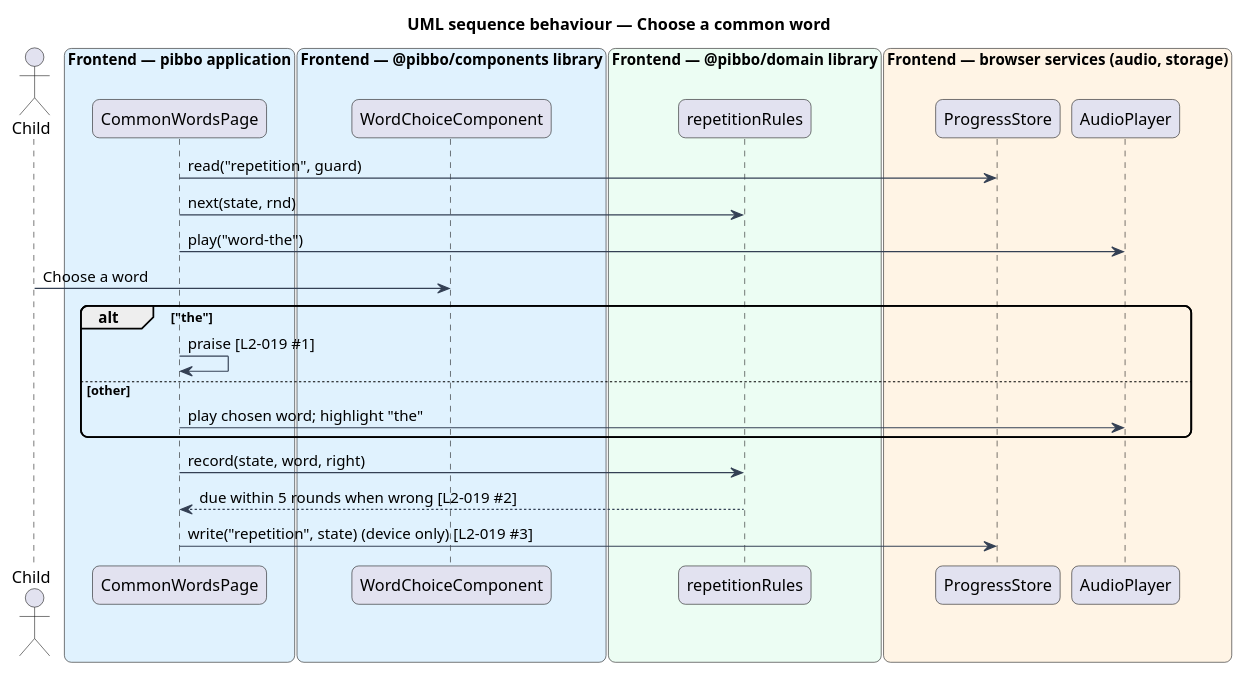
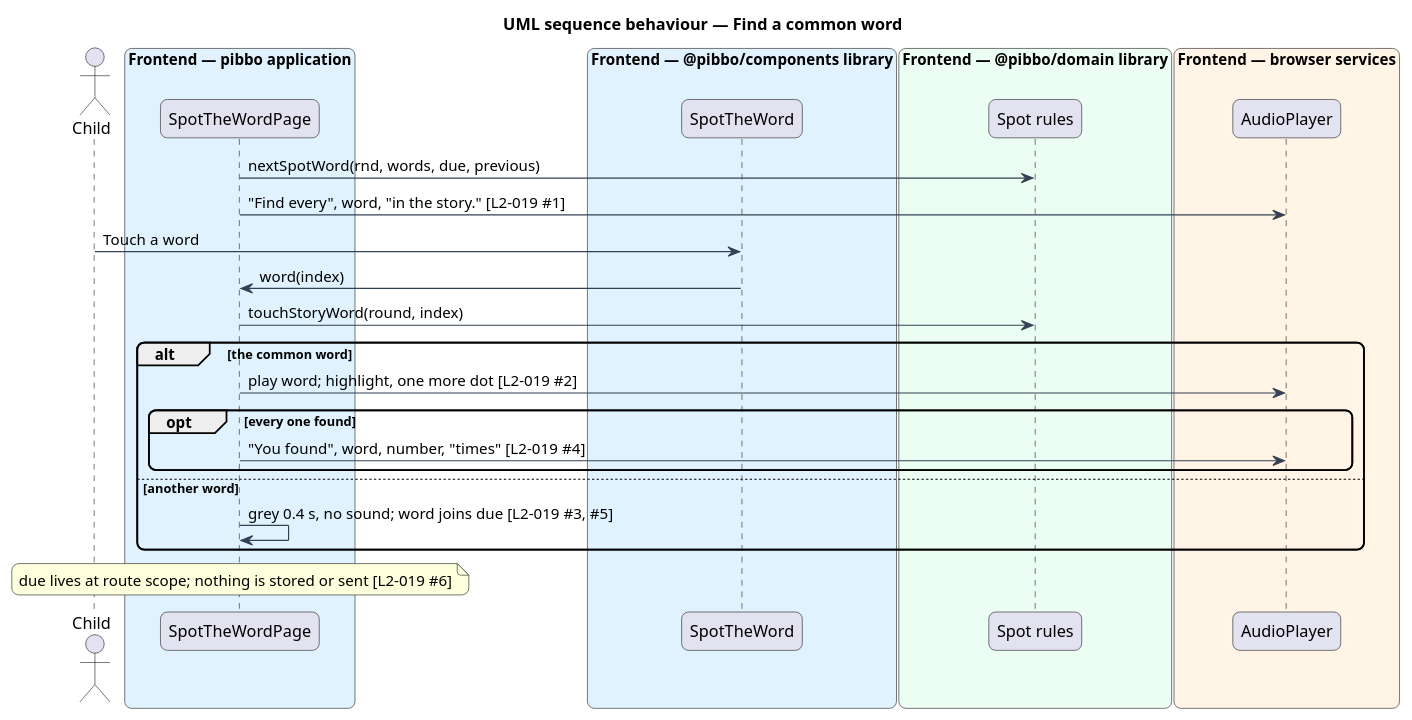
One commit to QuinntyneBrown/pibbo changed the diagram in docs/detailed-designs/sound-out/recognise-common-words/diagrams/sequence-choose-common-word.puml. Above: the diagram before and after it, drawn with PlantUML. The commit also changed 13 other files, not shown here.

First line of the commit message:
Align Spot the word: L2-019 follows the story mock, ADR 0022, the design, and Home's card drawn first

```diff
--- a/docs/detailed-designs/sound-out/recognise-common-words/diagrams/sequence-choose-common-word.puml
+++ b/docs/detailed-designs/sound-out/recognise-common-words/diagrams/sequence-choose-common-word.puml
@@ -1,34 +1,35 @@
 @startuml
-title UML sequence behaviour — Choose a common word
+title UML sequence behaviour — Find a common word
 skinparam backgroundColor #FFFFFF
 skinparam shadowing false
 skinparam roundcorner 12
 skinparam defaultFontName Arial
 skinparam ArrowColor #344054
 actor "Child" as actor
 box "Frontend — pibbo application" #E0F2FE
-  participant "CommonWordsPage" as page
+  participant "SpotTheWordPage" as page
 end box
 box "Frontend — @pibbo/components library" #E0F2FE
-  participant "WordChoiceComponent" as view
+  participant "SpotTheWord" as view
 end box
 box "Frontend — @pibbo/domain library" #ECFDF3
-  participant "repetitionRules" as rules
+  participant "Spot rules" as rules
 end box
-box "Frontend — browser services (audio, storage)" #FFF4E5
-  participant "ProgressStore" as store
+box "Frontend — browser services" #FFF4E5
   participant "AudioPlayer" as audio
 end box
-page -> store : read("repetition", guard)
-page -> rules : next(state, rnd)
-page -> audio : play("word-the")
-actor -> view : Choose a word
-alt "the"
-  page -> page : praise [L2-019 #1]
-else other
-  page -> audio : play chosen word; highlight "the"
+page -> rules : nextSpotWord(rnd, words, due, previous)
+page -> audio : "Find every", word, "in the story." [L2-019 #1]
+actor -> view : Touch a word
+view -> page : word(index)
+page -> rules : touchStoryWord(round, index)
+alt the common word
+  page -> audio : play word; highlight, one more dot [L2-019 #2]
+  opt every one found
+    page -> audio : "You found", word, number, "times" [L2-019 #4]
+  end
+else another word
+  page -> page : grey 0.4 s, no sound; word joins due [L2-019 #3, #5]
 end
-page -> rules : record(state, word, right)
-rules --> page : due within 5 rounds when wrong [L2-019 #2]
-page -> store : write("repetition", state) (device only) [L2-019 #3]
+note over page : due lives at route scope; nothing is stored or sent [L2-019 #6]
 @enduml
```
